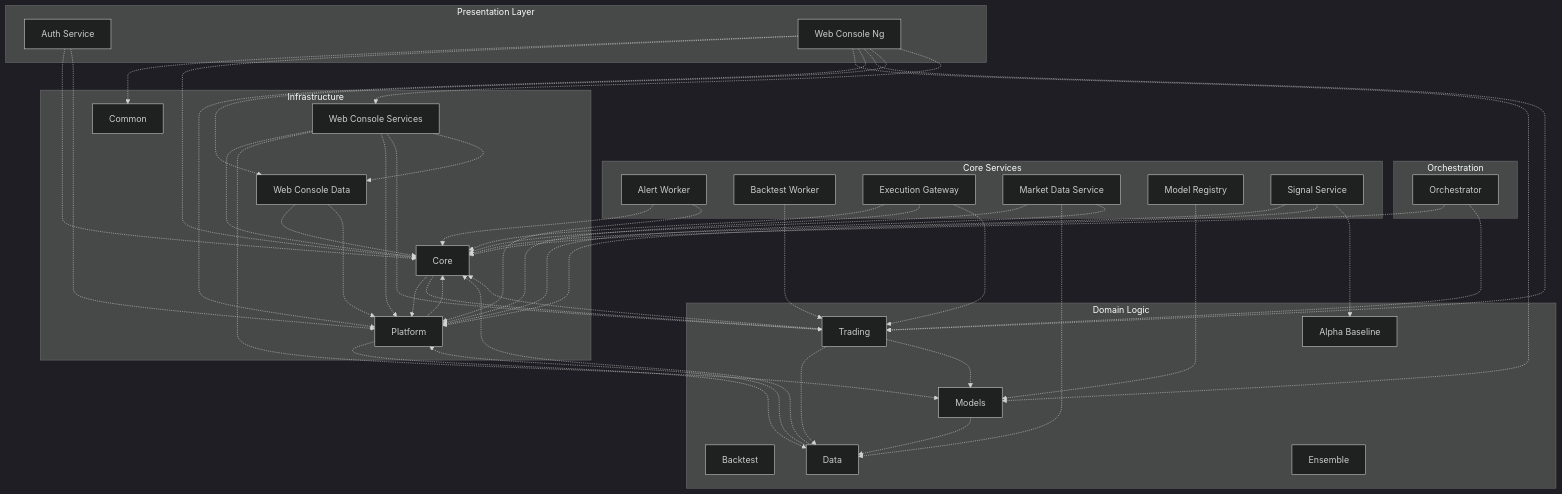
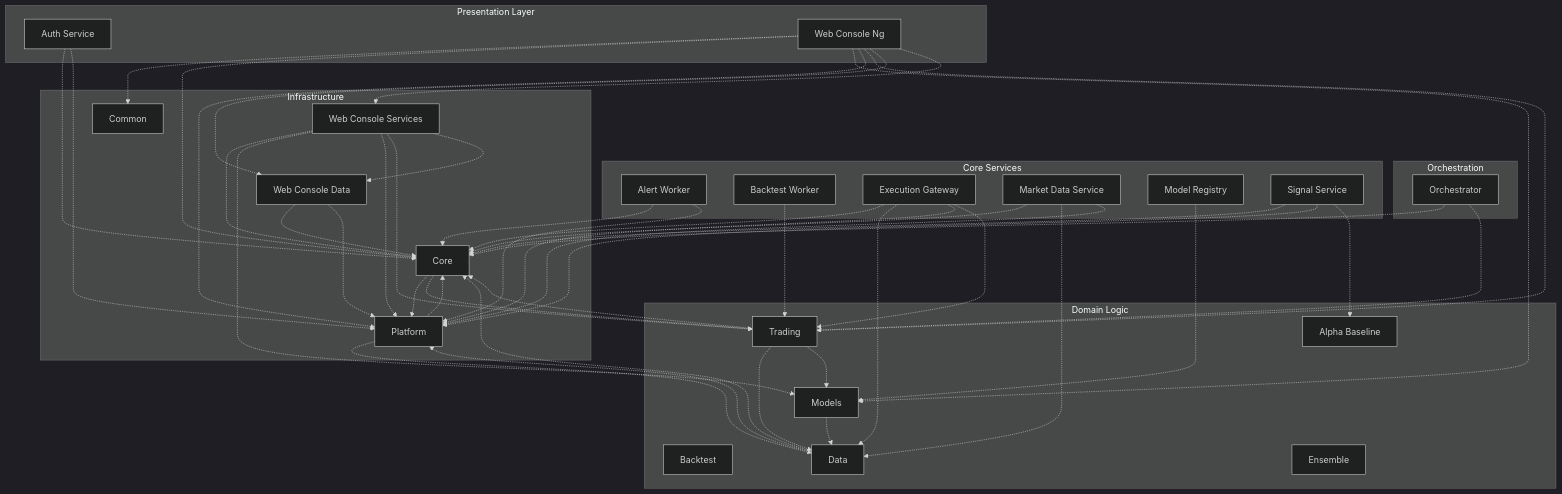
One commit to LeeeWayyy/trading_platform changed the diagram in docs/ARCHITECTURE/system_map_deps.md. Above: the diagram before and after it, drawn with Mermaid (dark theme). The commit also changed 50 other files, not shown here.

```diff
--- a/docs/ARCHITECTURE/system_map_deps.md
+++ b/docs/ARCHITECTURE/system_map_deps.md
@@ -56,6 +56,7 @@
   svc_auth_service -.-> lib_platform
   svc_backtest_worker -.-> lib_trading
   svc_execution_gateway -.-> lib_core
+  svc_execution_gateway -.-> lib_data
   svc_execution_gateway -.-> lib_platform
   svc_execution_gateway -.-> lib_trading
   svc_market_data_service -.-> lib_core
```
